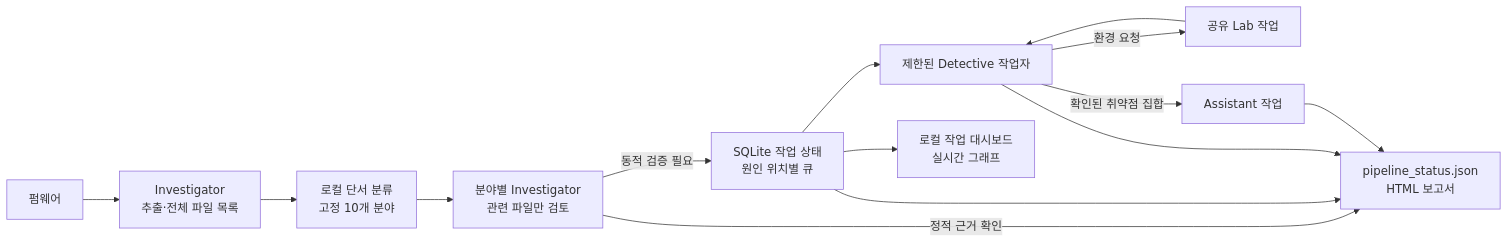
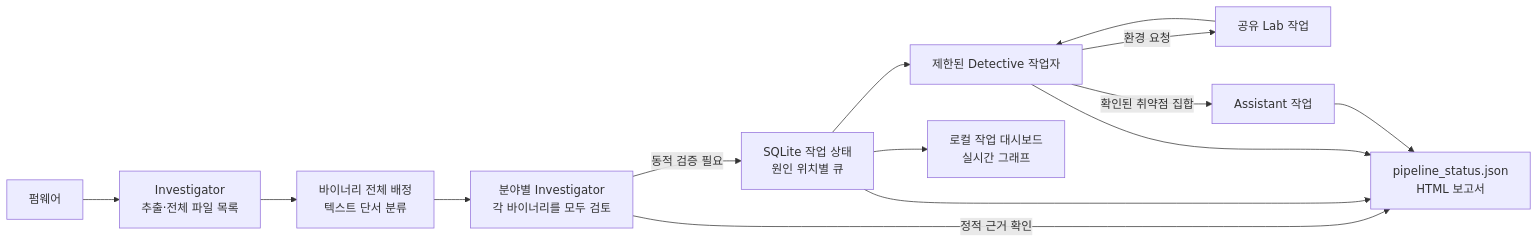
One commit to gl4sss/FBI changed the diagram in coordinator/README.md. Above: the diagram before and after it, drawn with Mermaid. The commit also changed other lines of this file and 19 other files, not shown here.

````diff
--- a/coordinator/README.md
+++ b/coordinator/README.md
@@ -5,16 +5,16 @@
 ```mermaid
 flowchart LR
     FW["펌웨어"] --> INV["Investigator<br/>추출·전체 파일 목록"]
-    INV --> ROUTE["로컬 단서 분류<br/>고정 10개 분야"]
-    ROUTE --> SPEC["분야별 Investigator<br/>관련 파일만 검토"]
+    INV --> ROUTE["바이너리 전체 배정<br/>텍스트 단서 분류"]
+    ROUTE --> SPEC["분야별 Investigator<br/>각 바이너리를 모두 검토"]
     SPEC -->|"정적 근거 확인"| STATUS
     SPEC -->|"동적 검증 필요"| Q["SQLite 작업 상태<br/>원인 위치별 큐"]
     Q --> DET["제한된 Detective 작업자"]
     DET -->|"환경 요청"| LAB["공유 Lab 작업"]
     DET -->|"확인된 취약점 집합"| AST["Assistant 작업"]
     LAB --> DET
     Q --> STATUS["pipeline_status.json<br/>HTML 보고서"]
     Q --> LIVE["로컬 작업 대시보드<br/>실시간 그래프"]
     DET --> STATUS
     AST --> STATUS
 ```
````
